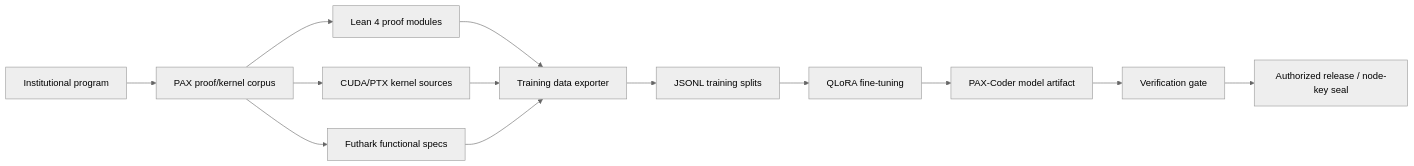
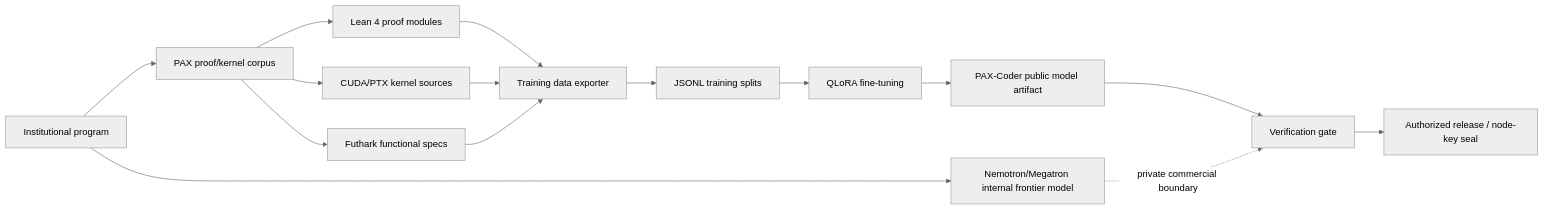
The first of 3 diagrams in README.md (SNAPKITTYWEST/pax-coder), drawn with Mermaid (neutral theme) before and after one commit. The commit also changed other lines of this file, not shown here.

Commit message:
Clarify public and internal model boundary

````diff
--- a/README.md
+++ b/README.md
@@ -41,15 +60,17 @@
 ```mermaid
 flowchart LR
     institution["Institutional program"] --> corpus["PAX proof/kernel corpus"]
     corpus --> lean["Lean 4 proof modules"]
     corpus --> cuda["CUDA/PTX kernel sources"]
     corpus --> futhark["Futhark functional specs"]
     lean --> exporter["Training data exporter"]
     cuda --> exporter
     futhark --> exporter
     exporter --> dataset["JSONL training splits"]
     dataset --> finetune["QLoRA fine-tuning"]
-    finetune --> model["PAX-Coder model artifact"]
-    model --> verify["Verification gate"]
+    finetune --> publicModel["PAX-Coder public model artifact"]
+    institution --> internalModel["Nemotron/Megatron internal frontier model"]
+    publicModel --> verify["Verification gate"]
+    internalModel -. private commercial boundary .-> verify
     verify --> release["Authorized release / node-key seal"]
 ```
````
